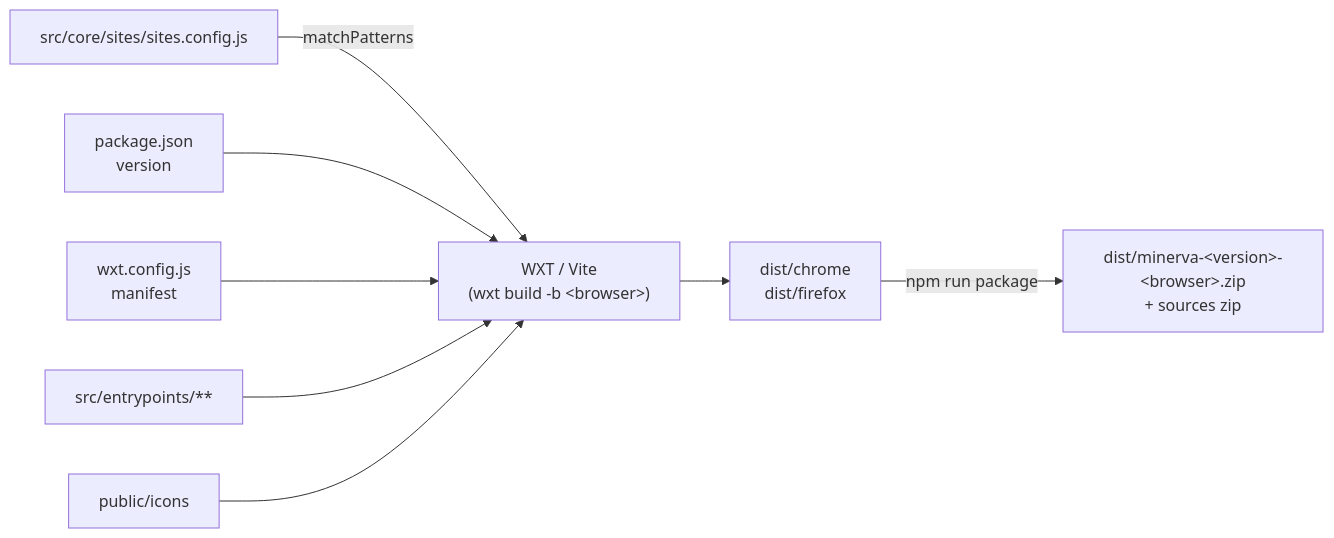
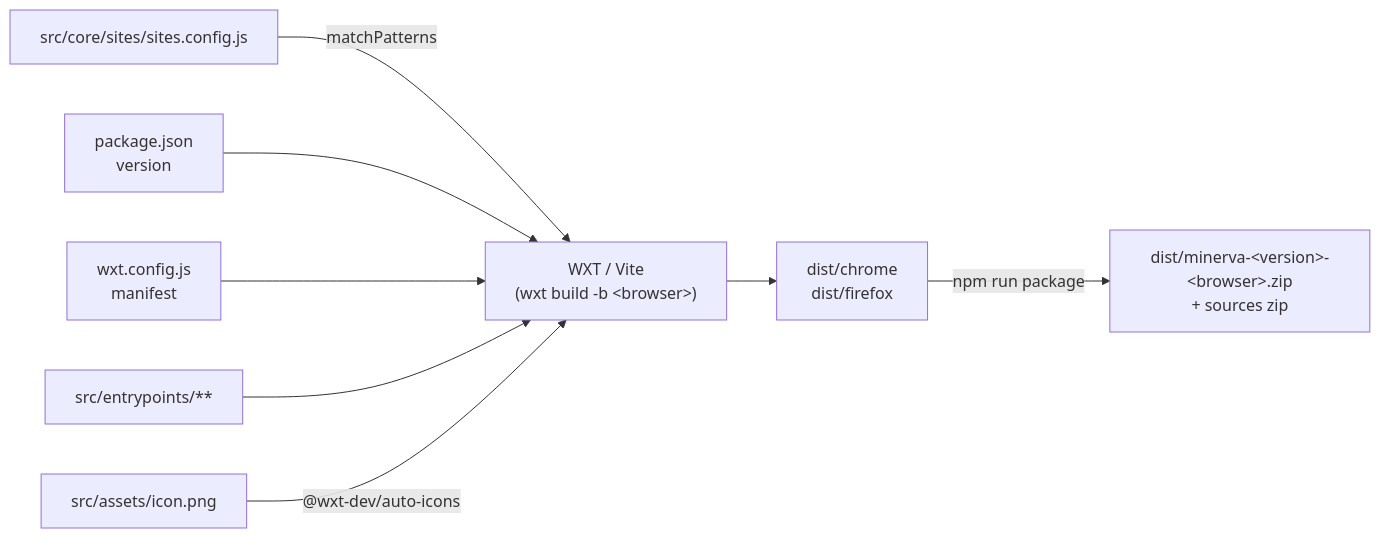
One commit to radyak/minerva-browserplugin changed the eighth of 8 diagrams in docs/architecture.md. Above: the diagram before and after it, drawn with Mermaid. The commit also changed other lines of this file and 17 other files, not shown here.

First line of the commit message:
build: [by AI] Generate the icons with @wxt-dev/auto-icons

````diff
--- a/docs/architecture.md
+++ b/docs/architecture.md
@@ -363,10 +362,10 @@
 ```mermaid
 flowchart LR
   sites["src/core/sites/sites.config.js"] -->|matchPatterns| build["WXT / Vite<br/>(wxt build -b #lt;browser#gt;)"]
   pkg["package.json<br/>version"] --> build
   cfg["wxt.config.js<br/>manifest"] --> build
   entry["src/entrypoints/**"] --> build
-  pub["public/icons"] --> build
+  icon["src/assets/icon.png"] -->|"@wxt-dev/auto-icons"| build
   build --> dist["dist/chrome<br/>dist/firefox"]
   dist -->|npm run package| zip["dist/minerva-#lt;version#gt;-#lt;browser#gt;.zip<br/>+ sources zip"]
 ```
````
